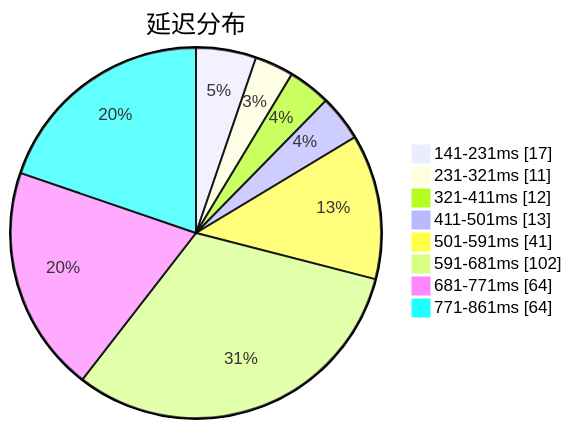
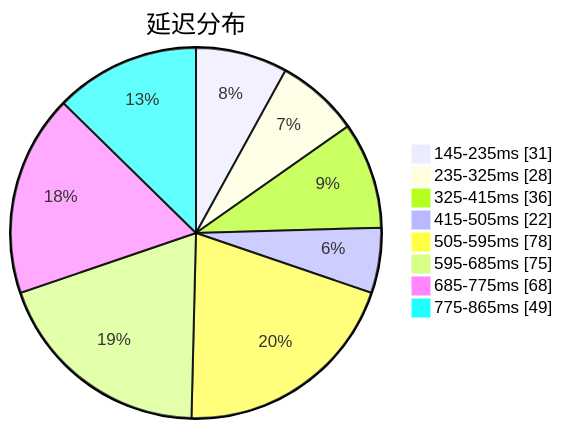
Before and after one commit to qjlxg/airport: the first of 3 diagrams in subs/statistics/tested_within.md, drawn with Mermaid. The commit also changed other lines of this file and 2 other files, not shown here.

Commit message:
Tested by metaST

````diff
--- a/subs/statistics/tested_within.md
+++ b/subs/statistics/tested_within.md
@@ -2,12 +2,12 @@
 ```mermaid
 pie showData
 title 延迟分布
-"141-231ms" : 17
-"231-321ms" : 11
-"321-411ms" : 12
-"411-501ms" : 13
-"501-591ms" : 41
-"591-681ms" : 102
-"681-771ms" : 64
-"771-861ms" : 64
+"145-235ms" : 31
+"235-325ms" : 28
+"325-415ms" : 36
+"415-505ms" : 22
+"505-595ms" : 78
+"595-685ms" : 75
+"685-775ms" : 68
+"775-865ms" : 49
 ```
````
